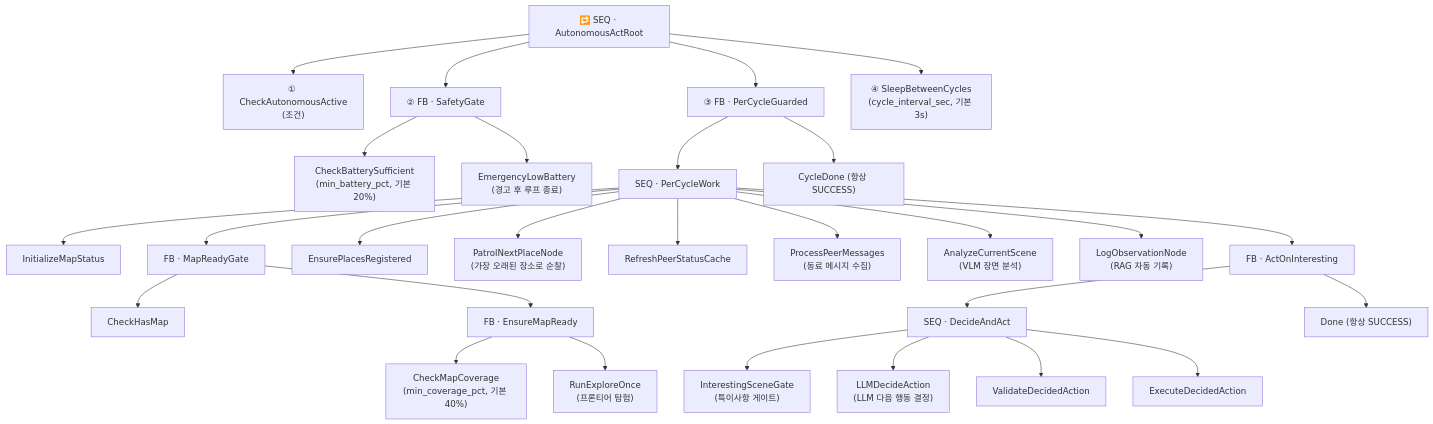
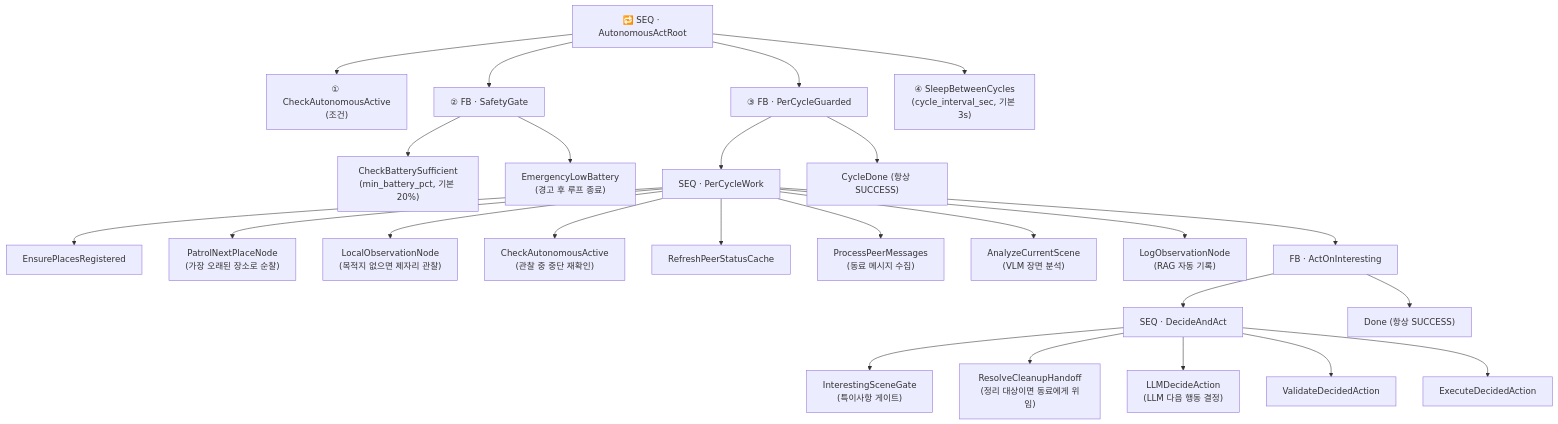
One commit to Open-Edge-Robotics/A.RobotAI-Robot-RoboClaw changed the second of 2 diagrams in docs/behavior-tree/README.md. Above: the diagram before and after it, drawn with Mermaid. The commit also changed other lines of this file and 7 other files, not shown here.

````diff
--- a/docs/behavior-tree/README.md
+++ b/docs/behavior-tree/README.md
@@ -151,36 +152,32 @@
 ```mermaid
 flowchart TB
     Root["🔁 SEQ · AutonomousActRoot"]
     Root --> A1["① CheckAutonomousActive\n(조건)"]
     Root --> A2["② FB · SafetyGate"]
     Root --> A3["③ FB · PerCycleGuarded"]
     Root --> A4["④ SleepBetweenCycles\n(cycle_interval_sec, 기본 3s)"]
 
     A2 --> B1["CheckBatterySufficient\n(min_battery_pct, 기본 20%)"]
     A2 --> B2["EmergencyLowBattery\n(경고 후 루프 종료)"]
 
     A3 --> C1["SEQ · PerCycleWork"]
     A3 --> C2["CycleDone (항상 SUCCESS)"]
 
-    C1 --> D1["InitializeMapStatus"]
-    C1 --> D2["FB · MapReadyGate"]
-    C1 --> D3["EnsurePlacesRegistered"]
-    C1 --> D4["PatrolNextPlaceNode\n(가장 오래된 장소로 순찰)"]
+    C1 --> D1["EnsurePlacesRegistered"]
+    C1 --> D2["PatrolNextPlaceNode\n(가장 오래된 장소로 순찰)"]
+    C1 --> D3["LocalObservationNode\n(목적지 없으면 제자리 관찰)"]
+    C1 --> D4["CheckAutonomousActive\n(관찰 중 중단 재확인)"]
     C1 --> D5["RefreshPeerStatusCache"]
     C1 --> D6["ProcessPeerMessages\n(동료 메시지 수집)"]
     C1 --> D7["AnalyzeCurrentScene\n(VLM 장면 분석)"]
     C1 --> D8["LogObservationNode\n(RAG 자동 기록)"]
     C1 --> D9["FB · ActOnInteresting"]
 
-    D2 --> E1["CheckHasMap"]
-    D2 --> E2["FB · EnsureMapReady"]
-    E2 --> F1["CheckMapCoverage\n(min_coverage_pct, 기본 40%)"]
-    E2 --> F2["RunExploreOnce\n(프론티어 탐험)"]
-
     D9 --> G1["SEQ · DecideAndAct"]
     D9 --> G2["Done (항상 SUCCESS)"]
-    G1 --> H1["InterestingSceneGate\n(특이사항 게이트)"]
+    G1 --> H0["InterestingSceneGate\n(특이사항 게이트)"]
+    G1 --> H1["ResolveCleanupHandoff\n(정리 대상이면 동료에게 위임)"]
     G1 --> H2["LLMDecideAction\n(LLM 다음 행동 결정)"]
     G1 --> H3["ValidateDecidedAction"]
     G1 --> H4["ExecuteDecidedAction"]
 ```
````
